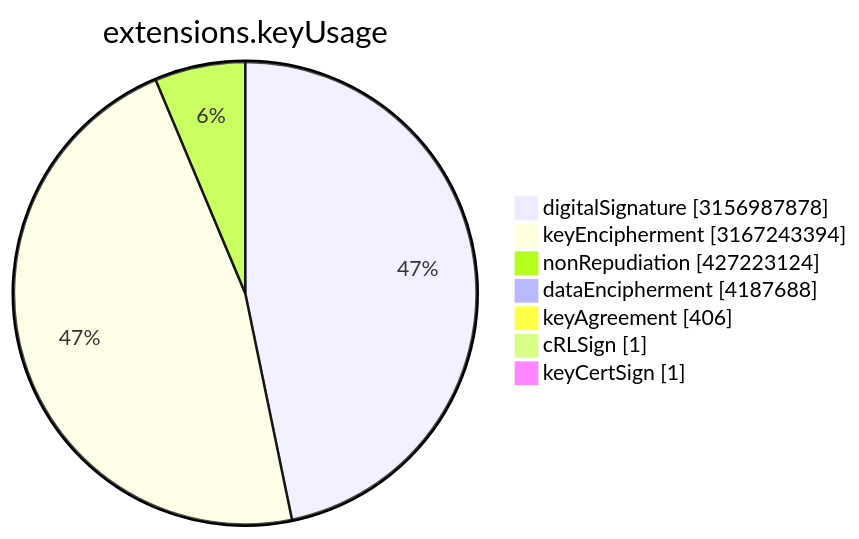
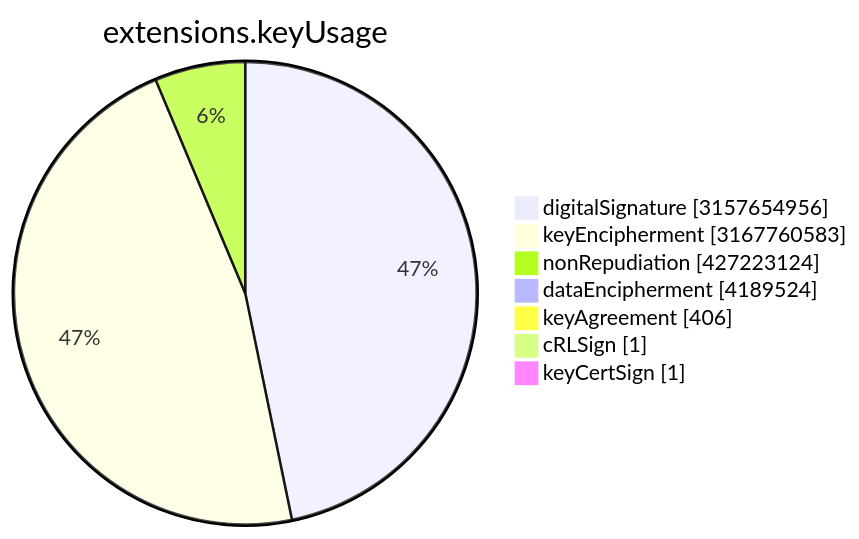
Before and after one commit to christiankrug/ctmonitor_visualization: the sixth of 15 diagrams in TOTAL/README.md, drawn with Mermaid. The commit also changed other lines of this file, not shown here.

````diff
--- a/TOTAL/README.md
+++ b/TOTAL/README.md
@@ -3077,11 +3077,11 @@
 ```mermaid
 pie showData
 title extensions.keyUsage
-"digitalSignature" :3156987878
-"keyEncipherment" :3167243394
+"digitalSignature" :3157654956
+"keyEncipherment" :3167760583
 "nonRepudiation" :427223124
-"dataEncipherment" :4187688
+"dataEncipherment" :4189524
 "keyAgreement" :406
 "cRLSign" :1
 "keyCertSign" :1
 ```
````
